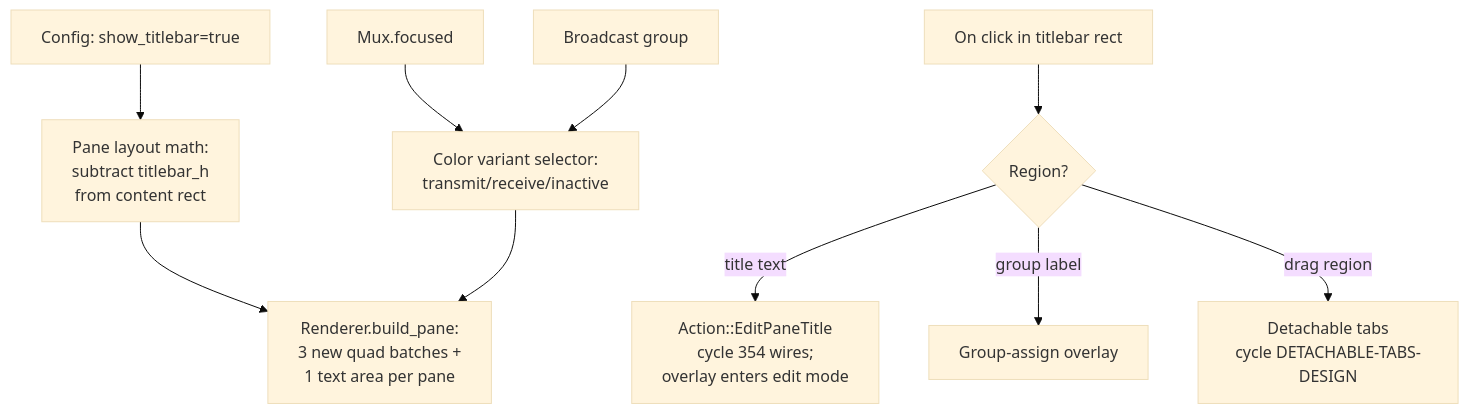
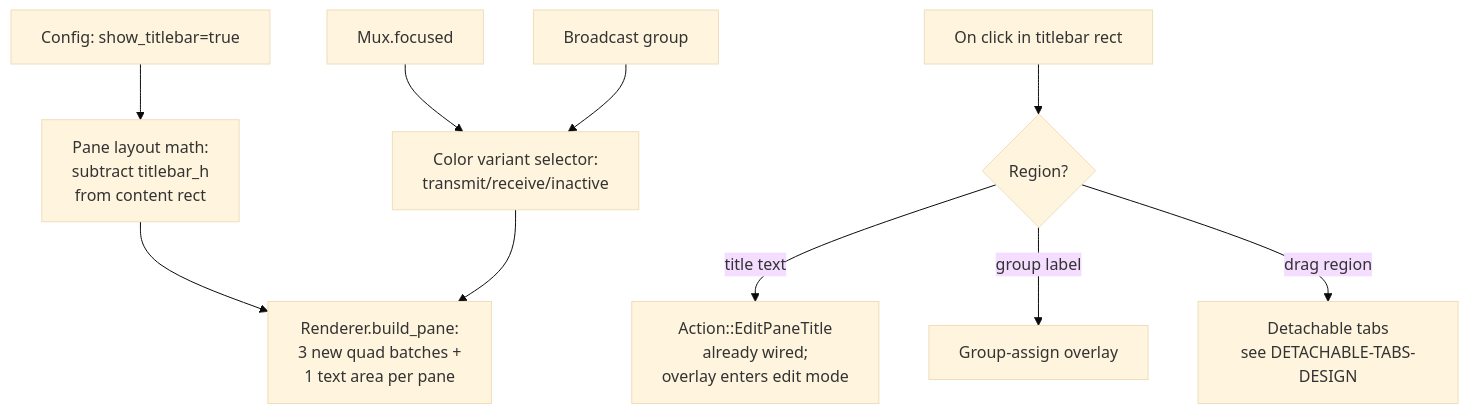
Before and after one commit to Reddimus/kettle: the diagram in docs/TERMINATOR-PANE-TITLEBAR-DESIGN.md, drawn with Mermaid (base theme). The commit also changed other lines of this file and 51 other files, not shown here.

````diff
--- a/docs/TERMINATOR-PANE-TITLEBAR-DESIGN.md
+++ b/docs/TERMINATOR-PANE-TITLEBAR-DESIGN.md
@@ -80,12 +80,12 @@
 ```mermaid
 graph TB
     A[Config: show_titlebar=true] --> B[Pane layout math:<br/>subtract titlebar_h<br/>from content rect]
     B --> C[Renderer.build_pane:<br/>3 new quad batches +<br/>1 text area per pane]
     D[Mux.focused] --> E[Color variant selector:<br/>transmit/receive/inactive]
     E --> C
     F[Broadcast group] --> E
     G[On click in titlebar rect] --> H{Region?}
-    H -->|title text| I[Action::EditPaneTitle<br/>cycle 354 wires;<br/>overlay enters edit mode]
+    H -->|title text| I[Action::EditPaneTitle<br/>already wired;<br/>overlay enters edit mode]
     H -->|group label| J[Group-assign overlay]
-    H -->|drag region| K[Detachable tabs<br/>cycle DETACHABLE-TABS-DESIGN]
+    H -->|drag region| K[Detachable tabs<br/>see DETACHABLE-TABS-DESIGN]
 ```
````
